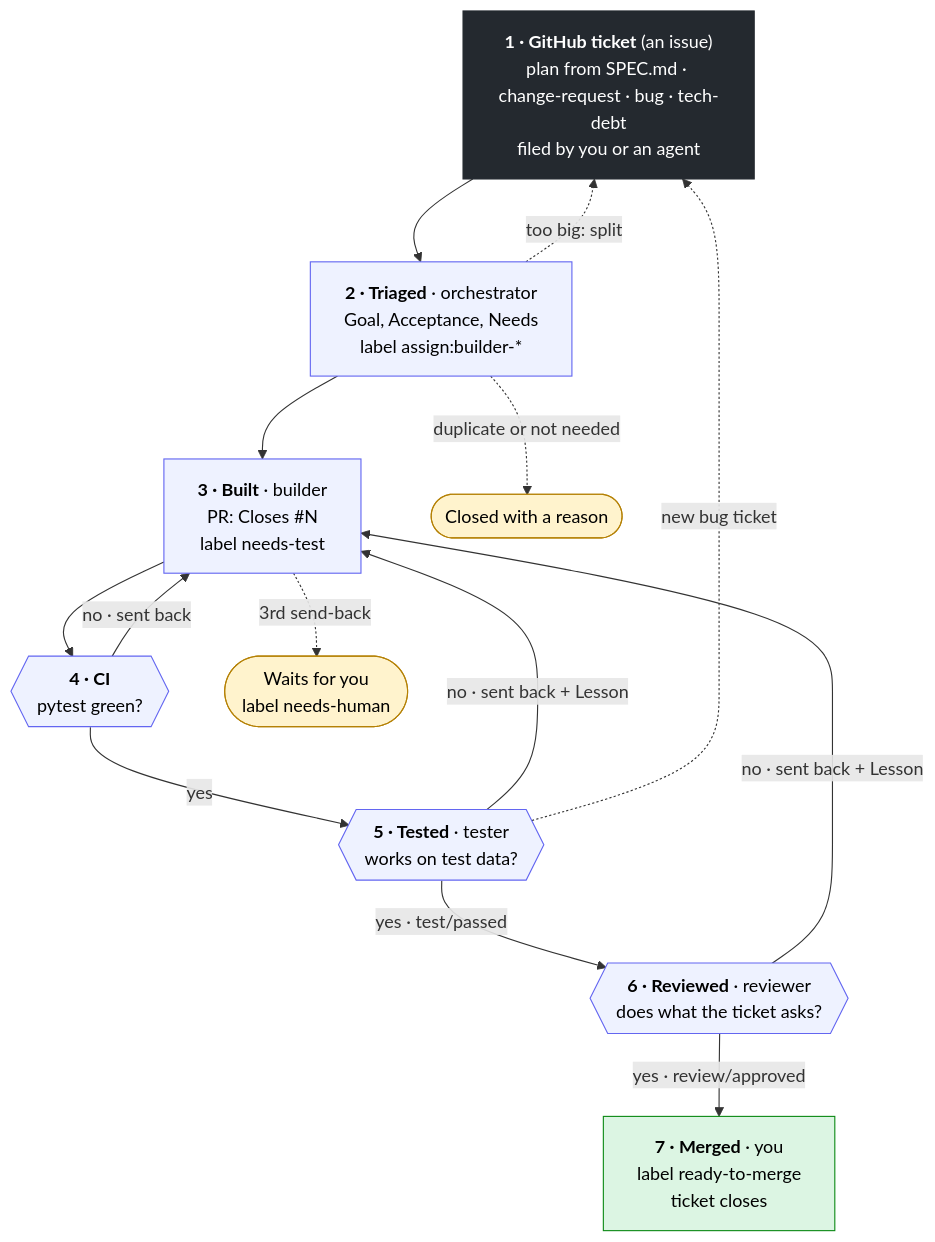
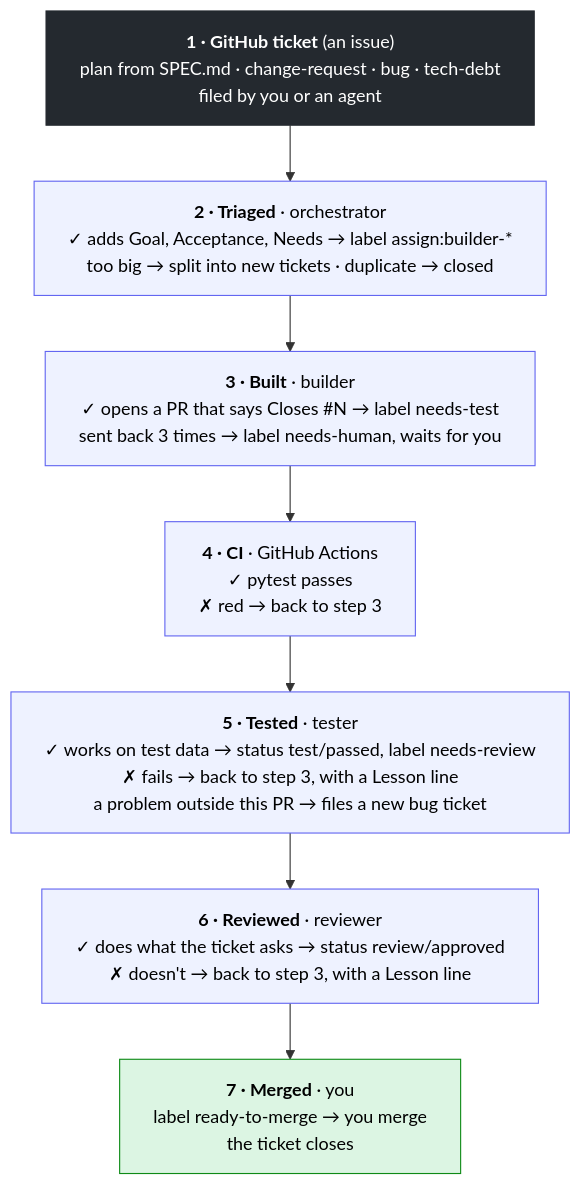
One commit to nikhil-kunapareddy/daily-briefing changed the diagram in agents/WORKFLOW.md. Above: the diagram before and after it, drawn with Mermaid. The commit also changed other lines of this file, not shown here.

Commit message:
Draw the ticket's life as one column of seven boxes

````diff
--- a/agents/WORKFLOW.md
+++ b/agents/WORKFLOW.md
@@ -11,35 +11,20 @@
 ```mermaid
+%%{init: {"flowchart": {"wrappingWidth": 460}}}%%
 flowchart TD
   S1["<b>1 · GitHub ticket</b> (an issue)<br/>plan from SPEC.md · change-request · bug · tech-debt<br/>filed by you or an agent"]
-  S2["<b>2 · Triaged</b> · orchestrator<br/>Goal, Acceptance, Needs<br/>label assign:builder-*"]
-  S3["<b>3 · Built</b> · builder<br/>PR: Closes #N<br/>label needs-test"]
-  S4{{"<b>4 · CI</b><br/>pytest green?"}}
-  S5{{"<b>5 · Tested</b> · tester<br/>works on test data?"}}
-  S6{{"<b>6 · Reviewed</b> · reviewer<br/>does what the ticket asks?"}}
-  S7["<b>7 · Merged</b> · you<br/>label ready-to-merge<br/>ticket closes"]
-  CLOSED(["Closed with a reason"])
-  HUMAN(["Waits for you<br/>label needs-human"])
+  S2["<b>2 · Triaged</b> · orchestrator<br/>✓ adds Goal, Acceptance, Needs → label assign:builder-*<br/>too big → split into new tickets · duplicate → closed"]
+  S3["<b>3 · Built</b> · builder<br/>✓ opens a PR that says Closes #N → label needs-test<br/>sent back 3 times → label needs-human, waits for you"]
+  S4["<b>4 · CI</b> · GitHub Actions<br/>✓ pytest passes<br/>✗ red → back to step 3"]
+  S5["<b>5 · Tested</b> · tester<br/>✓ works on test data → status test/passed, label needs-review<br/>✗ fails → back to step 3, with a Lesson line<br/>a problem outside this PR → files a new bug ticket"]
+  S6["<b>6 · Reviewed</b> · reviewer<br/>✓ does what the ticket asks → status review/approved<br/>✗ doesn't → back to step 3, with a Lesson line"]
+  S7["<b>7 · Merged</b> · you<br/>label ready-to-merge → you merge<br/>the ticket closes"]
 
-  S1 --> S2 --> S3 --> S4
-  S4 -->|yes| S5
-  S5 -->|"yes · test/passed"| S6
-  S6 -->|"yes · review/approved"| S7
-
-  S4 -->|"no · sent back"| S3
-  S5 -->|"no · sent back + Lesson"| S3
-  S6 -->|"no · sent back + Lesson"| S3
-
-  S2 -.->|"duplicate or not needed"| CLOSED
-  S2 -.->|"too big: split"| S1
-  S3 -.->|"3rd send-back"| HUMAN
-  S5 -.->|"new bug ticket"| S1
+  S1 --> S2 --> S3 --> S4 --> S5 --> S6 --> S7
 
   classDef ticket fill:#24292f,stroke:#24292f,color:#fff
   classDef step fill:#eef2ff,stroke:#6366f1,color:#000
   classDef done fill:#dcf5e3,stroke:#0e8a16,color:#000
-  classDef side fill:#fff3cd,stroke:#b58105,color:#000
   class S1 ticket
   class S2,S3,S4,S5,S6 step
   class S7 done
-  class CLOSED,HUMAN side
 ```
````
